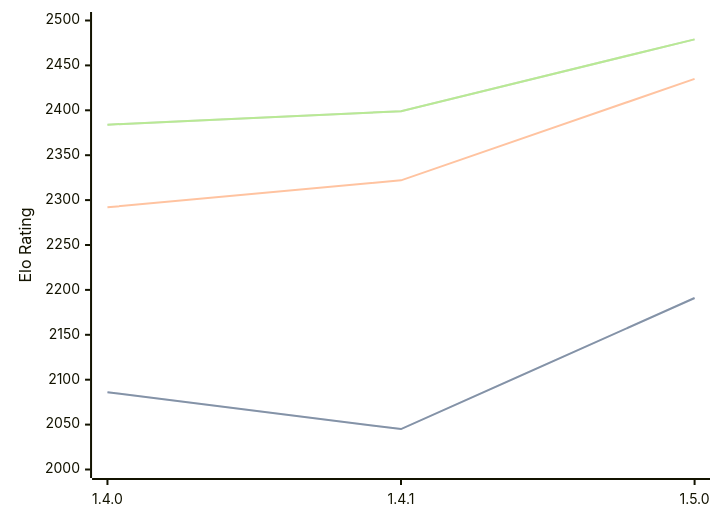
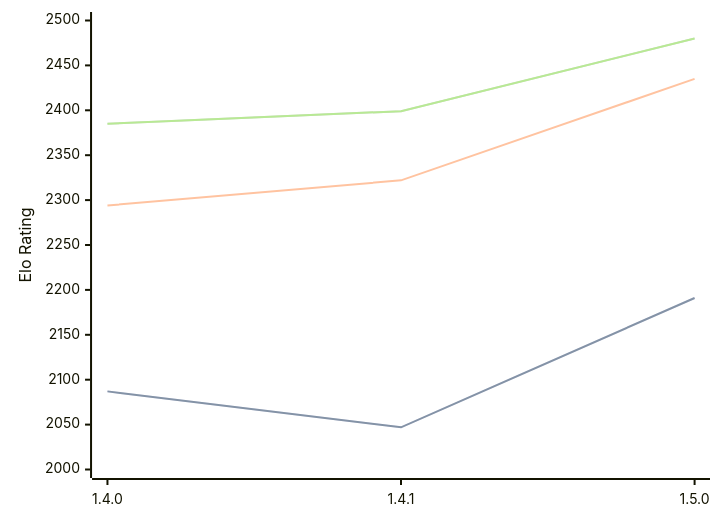
The diagram in engines/Tofiks.md (computer-chess-index/cci), drawn with Mermaid before and after one commit. The commit also changed other lines of this file, not shown here.

Commit message:
Update CCI Ratings (ELO VLTC) - 2026-09-14

````diff
--- a/engines/Tofiks.md
+++ b/engines/Tofiks.md
@@ -33,11 +33,11 @@
 ```mermaid
 %%{init: {"theme":"base","themeVariables":{"seriesColors:['#a3a3a3','#222221','#faa371']}}}%%
 xychart-beta
   x-axis ["1.4.0", "1.4.1", "1.5.0"]
   y-axis "Elo Rating" 2000 --> 2500
-  line "" [2086, 2045, 2191]
-  line "STC (8.0+0.08s)" [2086, 2045, 2191]
-  line "LTC (60.0+0.60s)" [2292, 2322, 2435]
-  line "" [2384, 2399, 2479]
-  line "VLTC (2m24s+1.12s)" [2384, 2399, 2479]
+  line "" [2087, 2047, 2191]
+  line "STC (8.0+0.08s)" [2087, 2047, 2191]
+  line "LTC (60.0+0.60s)" [2294, 2322, 2435]
+  line "" [2385, 2399, 2480]
+  line "VLTC (2m24s+1.12s)" [2385, 2399, 2480]
 ```
````
